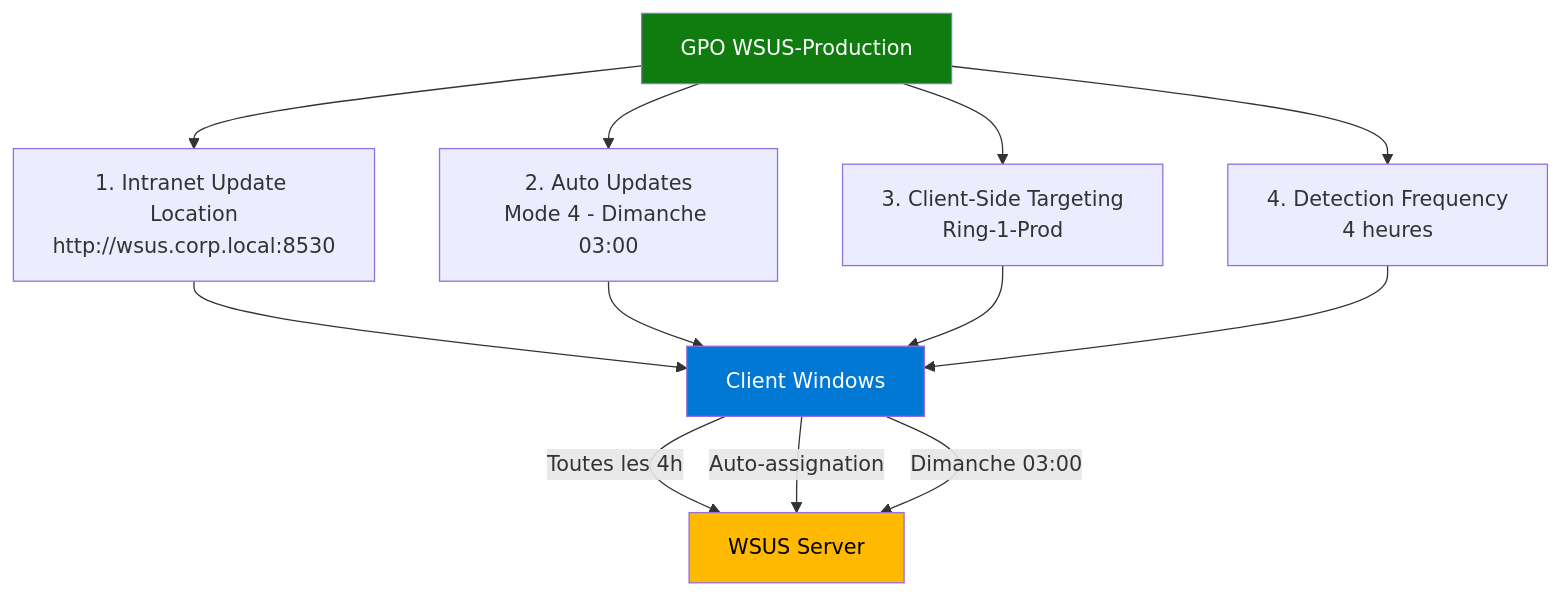
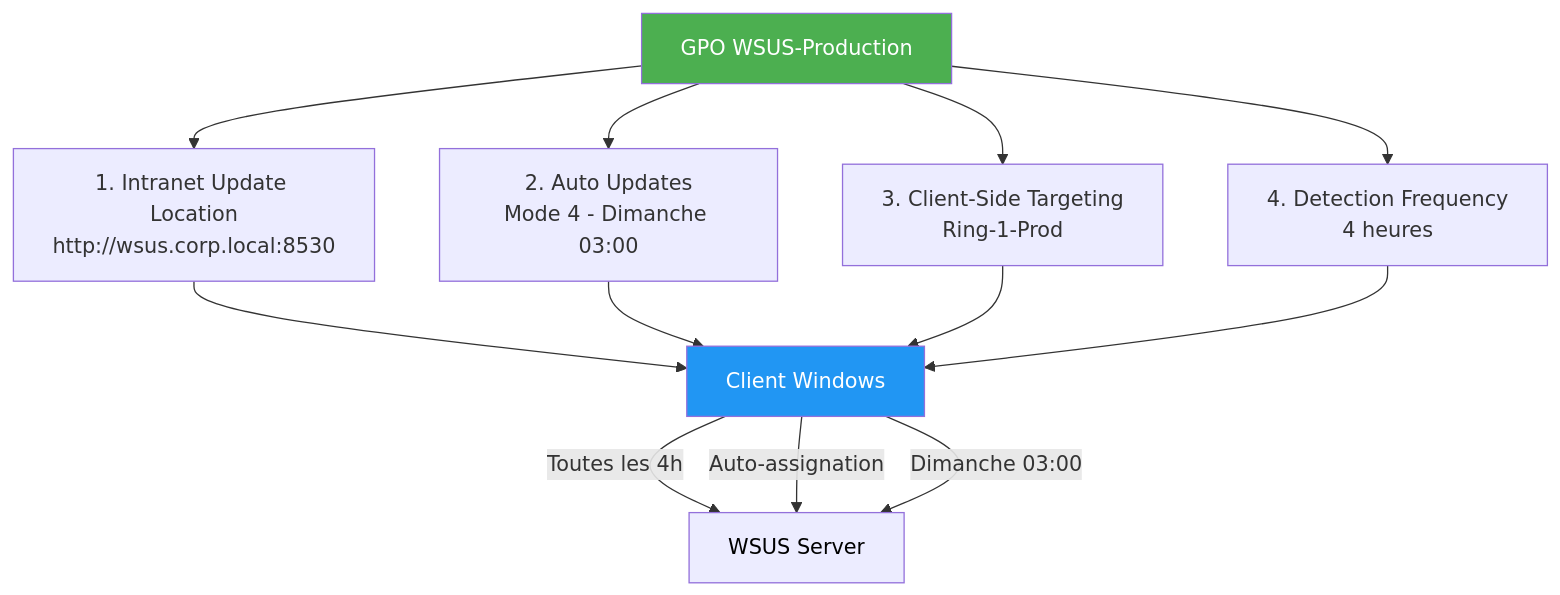
The third of 3 diagrams in docs/formations/windows-patching/03-module.md (VBlackJack/ShellBook), drawn with Mermaid before and after one commit. The commit also changed other lines of this file and 337 other files, not shown here.

First line of the commit message:
refactor(docs): Standardize code blocks and Mermaid colors

````diff
--- a/docs/formations/windows-patching/03-module.md
+++ b/docs/formations/windows-patching/03-module.md
@@ -221,30 +221,30 @@
 ```mermaid
 flowchart TD
     GPO[GPO WSUS-Production]
 
     P1[1. Intranet Update Location<br/>http://wsus.corp.local:8530]
     P2[2. Auto Updates<br/>Mode 4 - Dimanche 03:00]
     P3[3. Client-Side Targeting<br/>Ring-1-Prod]
     P4[4. Detection Frequency<br/>4 heures]
 
     CLIENT[Client Windows]
     WSUS[WSUS Server]
 
     GPO --> P1
     GPO --> P2
     GPO --> P3
     GPO --> P4
 
     P1 --> CLIENT
     P2 --> CLIENT
     P3 --> CLIENT
     P4 --> CLIENT
 
     CLIENT -->|Toutes les 4h| WSUS
     CLIENT -->|Auto-assignation| WSUS
     CLIENT -->|Dimanche 03:00| WSUS
 
-    style GPO fill:#107C10,color:#fff
-    style CLIENT fill:#0078D4,color:#fff
-    style WSUS fill:#FFB900,color:#000
+    style GPO fill:#4CAF50,color:#fff
+    style CLIENT fill:#2196F3,color:#fff
+    style WSUS fill:#FF9800800800,color:#000
 ```
````
